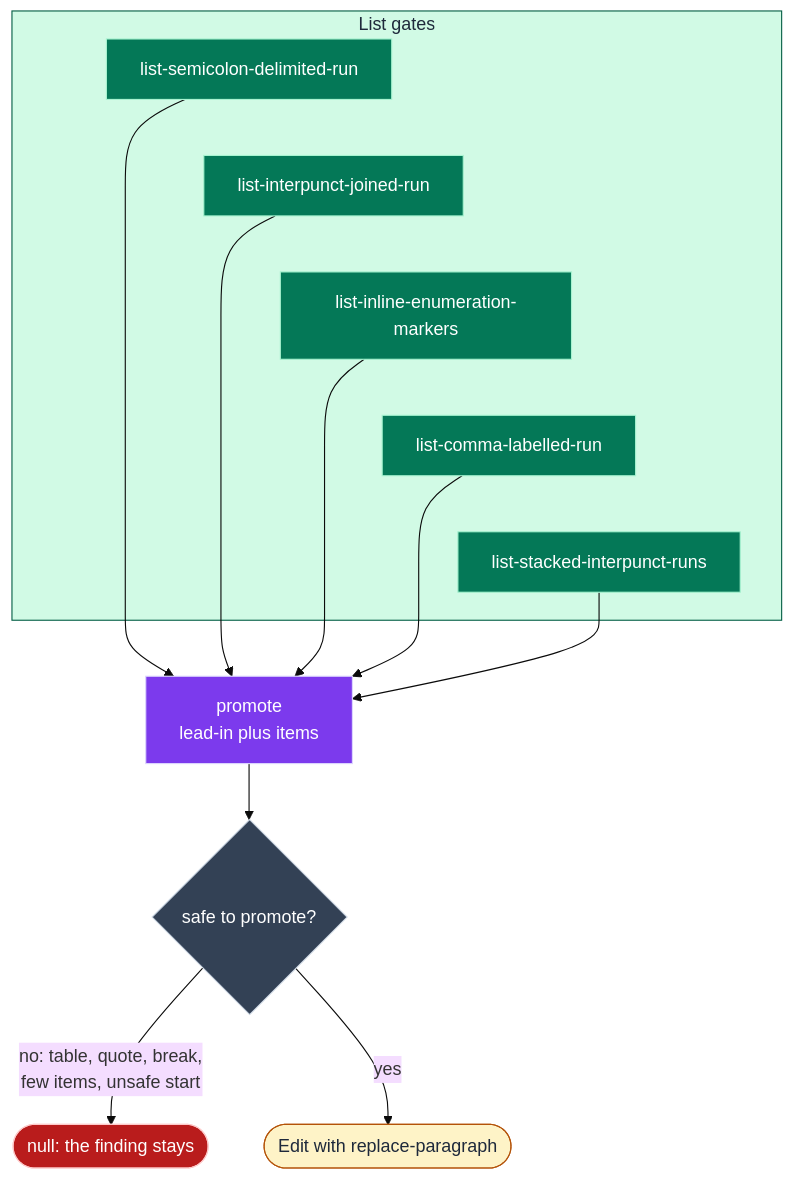
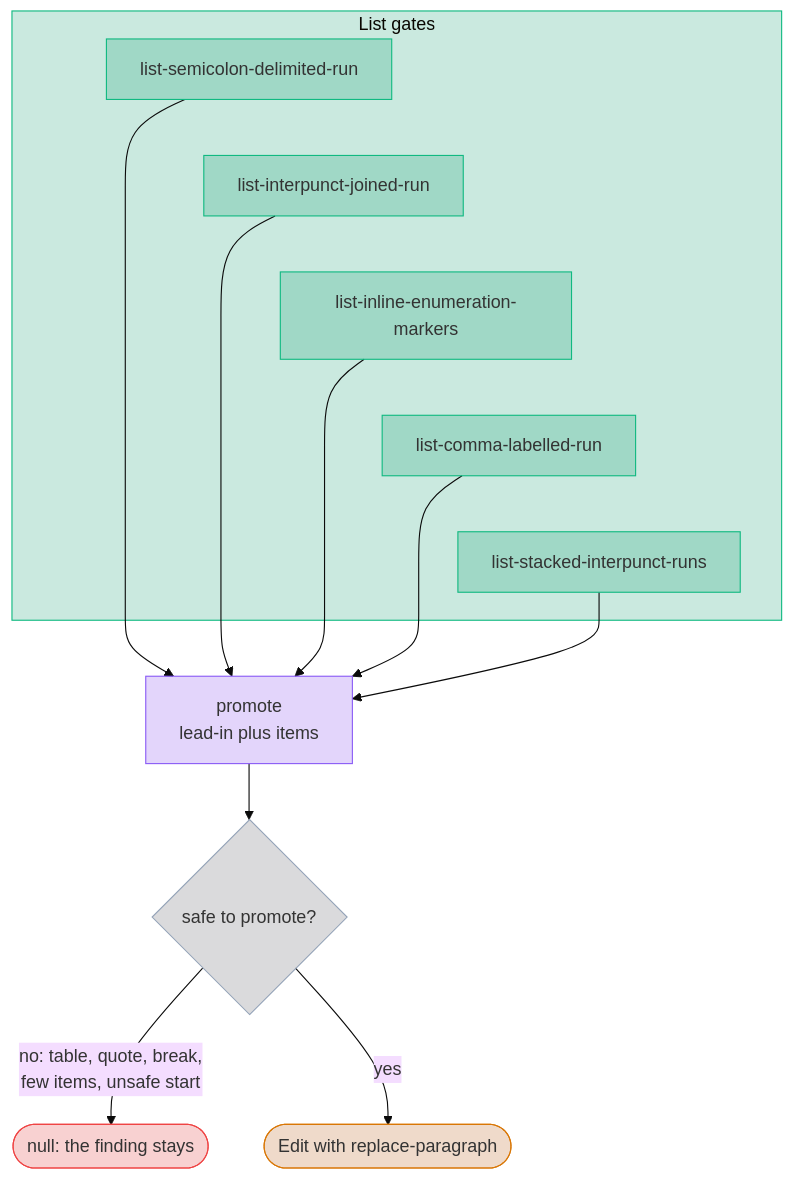
One commit to jpeakai/jpai-prose-gates changed diagram 17 of 19 in docs/DATA_MODEL.md. Above: the diagram before and after it, drawn with Mermaid (base theme). The commit also changed other lines of this file and 1 other file, not shown here.

First line of the commit message:
docs: recalibrate the Mermaid diagrams for Material with translucent fills

````diff
--- a/docs/DATA_MODEL.md
+++ b/docs/DATA_MODEL.md
@@ -567,32 +567,32 @@
 ```mermaid
 flowchart TB
     subgraph gates["List gates"]
         G3["list-semicolon-delimited-run"]:::gate
         G6["list-interpunct-joined-run"]:::gate
         G7["list-inline-enumeration-markers"]:::gate
         G8["list-comma-labelled-run"]:::gate
         G9["list-stacked-interpunct-runs"]:::gate
     end
     G3 ~~~ G6 ~~~ G7 ~~~ G8 ~~~ G9
     PROM["promote<br/>lead-in plus items"]:::build
     GUARD{"safe to promote?"}:::decide
     NULL(["null: the finding stays"]):::bad
     EDIT(["Edit with replace-paragraph"]):::ok
 
     G3 --> PROM
     G6 --> PROM
     G7 --> PROM
     G8 --> PROM
     G9 --> PROM
     PROM --> GUARD
     GUARD -- "no: table, quote, break,<br/>few items, unsafe start" --> NULL
     GUARD -- "yes" --> EDIT
 
-    classDef gate   fill:#047857,stroke:#a7f3d0,color:#ffffff
-    classDef build  fill:#7c3aed,stroke:#ddd6fe,color:#ffffff
-    classDef decide fill:#334155,stroke:#cbd5e1,color:#ffffff
-    classDef ok     fill:#fef3c7,stroke:#b45309,color:#1e293b
-    classDef bad    fill:#b91c1c,stroke:#fecaca,color:#ffffff
+    classDef gate   fill:#05966936,stroke:#10b981
+    classDef build  fill:#7c3aed36,stroke:#8b5cf6
+    classDef decide fill:#52525b36,stroke:#94a3b8
+    classDef ok     fill:#b4530936,stroke:#d97706
+    classDef bad    fill:#dc262636,stroke:#ef4444
 
-    style gates fill:#d1fae5,stroke:#065f46,color:#1e293b
+    style gates fill:#05966936,stroke:#10b981
 ```
````
